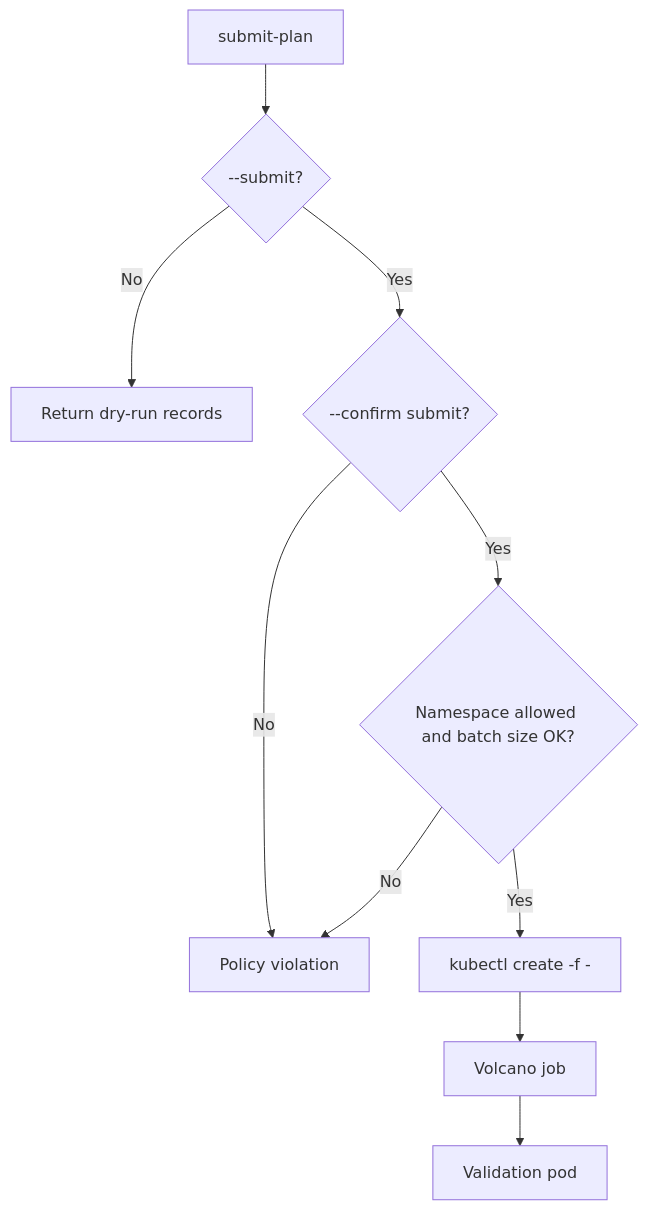
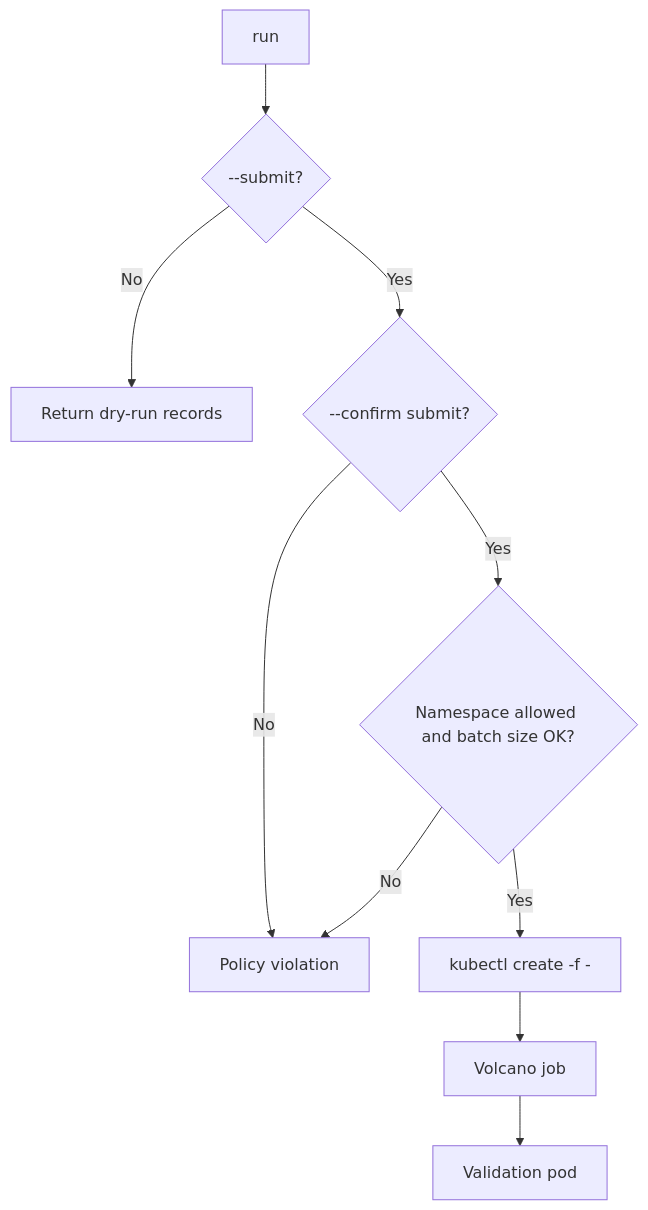
One commit to IamNirmata/c-val changed the third of 4 diagrams in docs/workflow.md. Above: the diagram before and after it, drawn with Mermaid. The commit also changed other lines of this file and 17 other files, not shown here.

````diff
--- a/docs/workflow.md
+++ b/docs/workflow.md
@@ -54,12 +54,12 @@
 ```mermaid
 flowchart TD
-    A[submit-plan] --> B{--submit?}
+    A[run] --> B{--submit?}
     B -- No --> C[Return dry-run records]
     B -- Yes --> D{--confirm submit?}
     D -- No --> E[Policy violation]
     D -- Yes --> F{Namespace allowed and batch size OK?}
     F -- No --> E
     F -- Yes --> G[kubectl create -f -]
     G --> H[Volcano job]
     H --> I[Validation pod]
 ```
````
